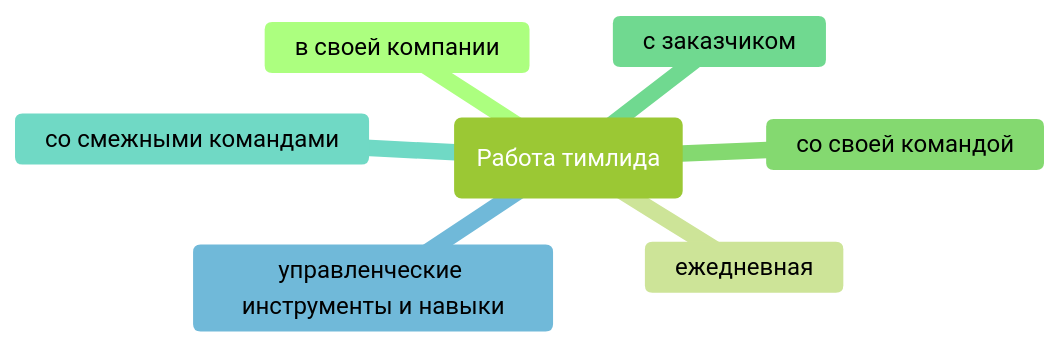
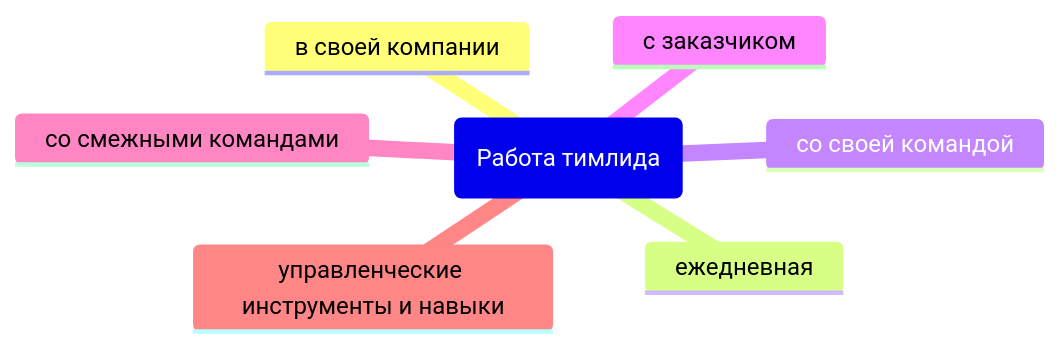
Before and after one commit to oinsio/teamlead-handbook: the diagram in docs/Основные-обязанности-тимлида.md, drawn with Mermaid. The commit also changed 1 other file, not shown here.

Commit message:
update theme for mindmap

````diff
--- a/docs/Основные-обязанности-тимлида.md
+++ b/docs/Основные-обязанности-тимлида.md
@@ -6,11 +6,10 @@
 ```mermaid
-%%{init: {'theme':'forest'}}%%
 mindmap
   root(Работа тимлида)
     в своей компании
     eжедневная
     со своей командой
     с заказчиком
     со смежными командами
     yправленческие инструменты и навыки
 ```
````
